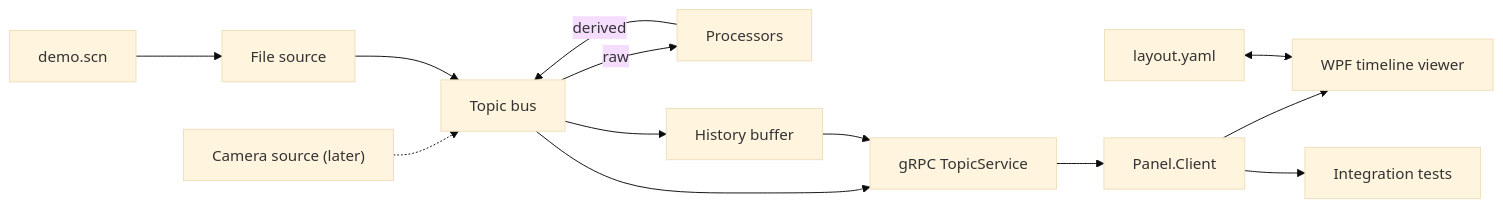
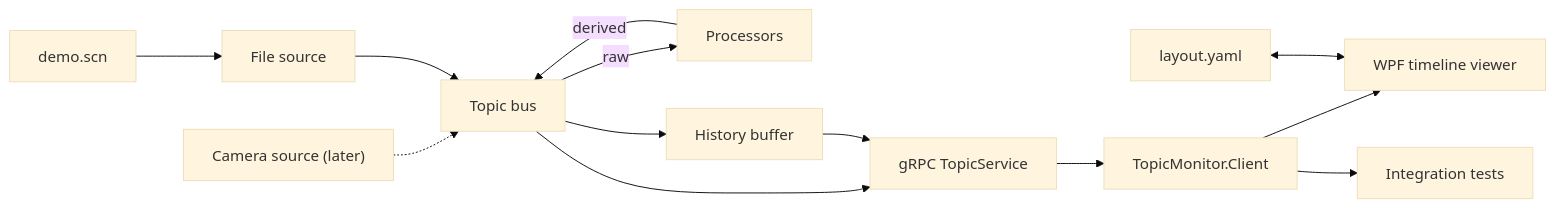
One commit to jlnbotello/TopicMonitor changed the diagram in docs/plan.md. Above: the diagram before and after it, drawn with Mermaid (base theme). The commit also changed other lines of this file and 226 other files, not shown here.

First line of the commit message:
rename: Panel.* projects to TopicMonitor.*, window title to Topic Monitor

````diff
--- a/docs/plan.md
+++ b/docs/plan.md
@@ -40,15 +40,15 @@
 ```mermaid
 flowchart LR
   scn["demo.scn"] --> fs["File source"]
   mil["Camera source (later)"] -.-> bus
   fs --> bus["Topic bus"]
   bus -- raw --> proc["Processors"]
   proc -- derived --> bus
   bus --> hist["History buffer"]
   bus --> grpc["gRPC TopicService"]
   hist --> grpc
-  grpc --> client["Panel.Client"]
+  grpc --> client["TopicMonitor.Client"]
   client --> viewer["WPF timeline viewer"]
   layout["layout.yaml"] <--> viewer
   client --> tests["Integration tests"]
 ```
````
